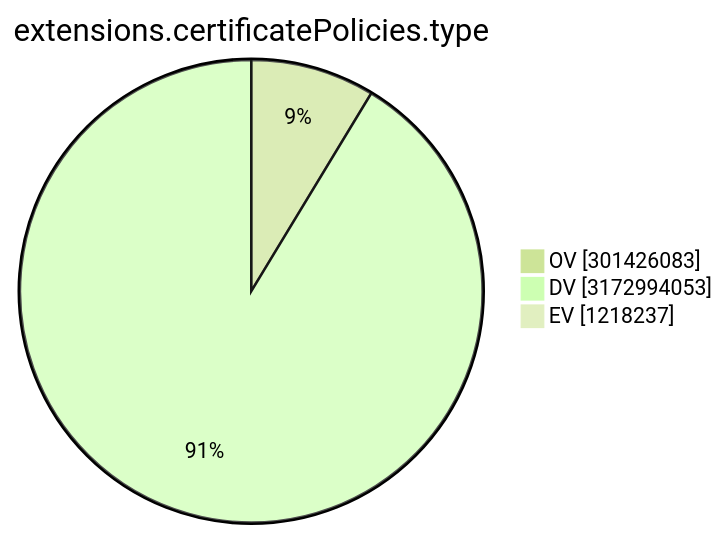
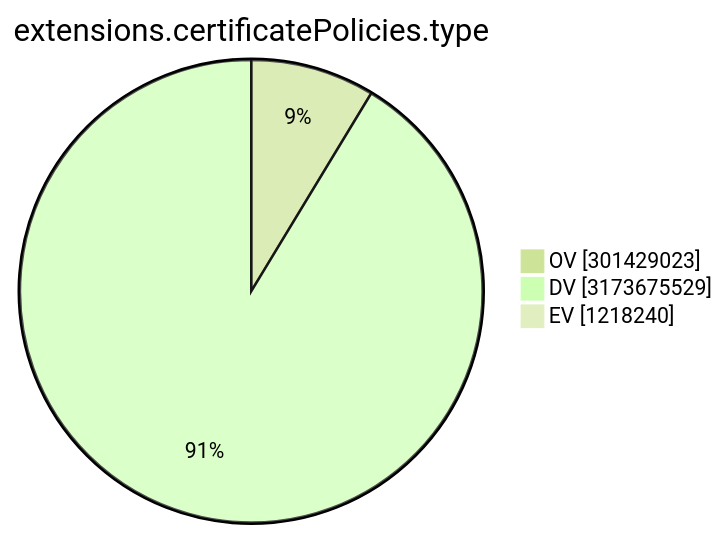
One commit to christiankrug/ctmonitor_visualization changed the ninth of 15 diagrams in TOTAL/README.md. Above: the diagram before and after it, drawn with Mermaid (forest theme). The commit also changed other lines of this file, not shown here.

````diff
--- a/TOTAL/README.md
+++ b/TOTAL/README.md
@@ -3105,7 +3105,7 @@
 ```mermaid
 pie showData
 title extensions.certificatePolicies.type
-"OV" :301426083
-"DV" :3172994053
-"EV" :1218237
+"OV" :301429023
+"DV" :3173675529
+"EV" :1218240
 ```
````
